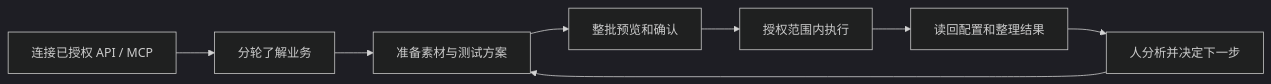
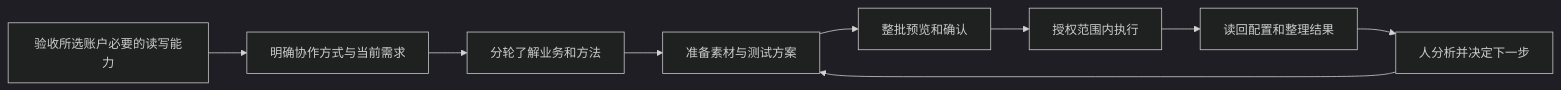
One commit to creator2000212-crypto/ad-ops-agent changed the diagram in README.zh-CN.md. Above: the diagram before and after it, drawn with Mermaid (dark theme). The commit also changed other lines of this file and 20 other files, not shown here.

````diff
--- a/README.zh-CN.md
+++ b/README.zh-CN.md
@@ -13,10 +13,11 @@
 ```mermaid
 flowchart LR
-    A["连接已授权 API / MCP"] --> B["分轮了解业务"]
-    B --> C["准备素材与测试方案"]
+    A["验收所选账户必要的读写能力"] --> B["明确协作方式与当前需求"]
+    B --> C0["分轮了解业务和方法"]
+    C0 --> C["准备素材与测试方案"]
     C --> D["整批预览和确认"]
     D --> E["授权范围内执行"]
     E --> F["读回配置和整理结果"]
     F --> G["人分析并决定下一步"]
     G --> C
 ```
````
